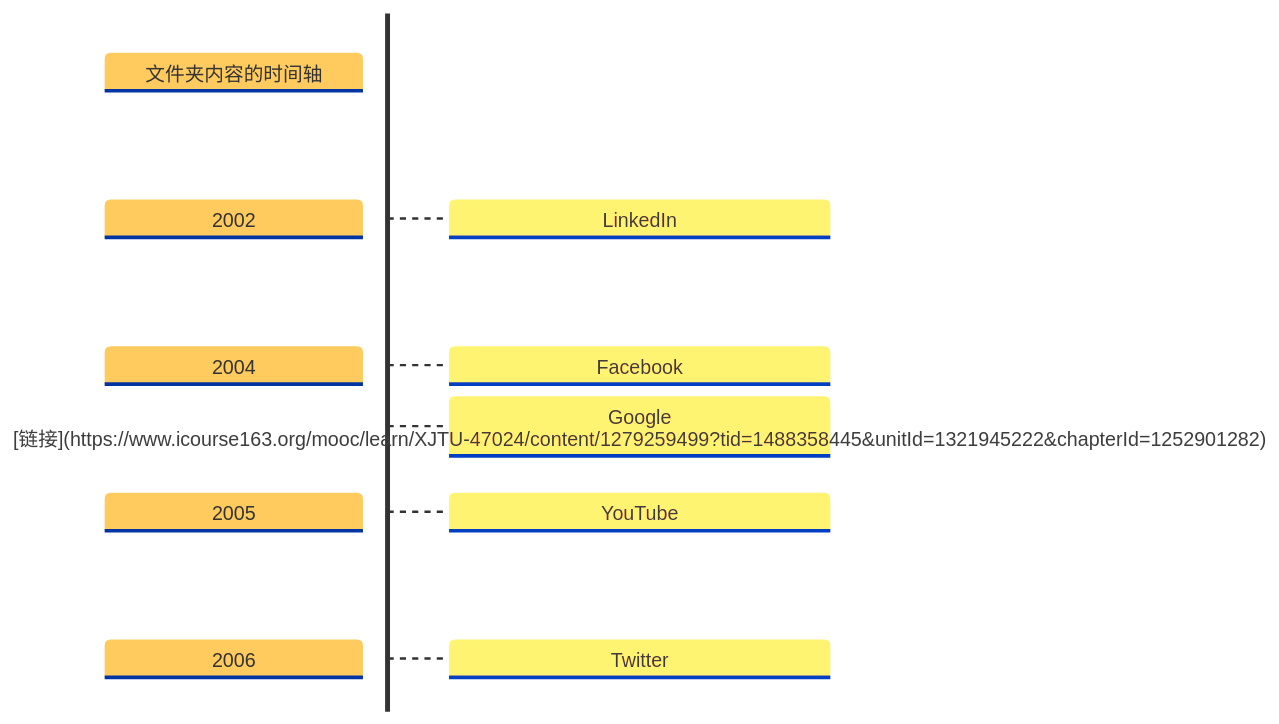
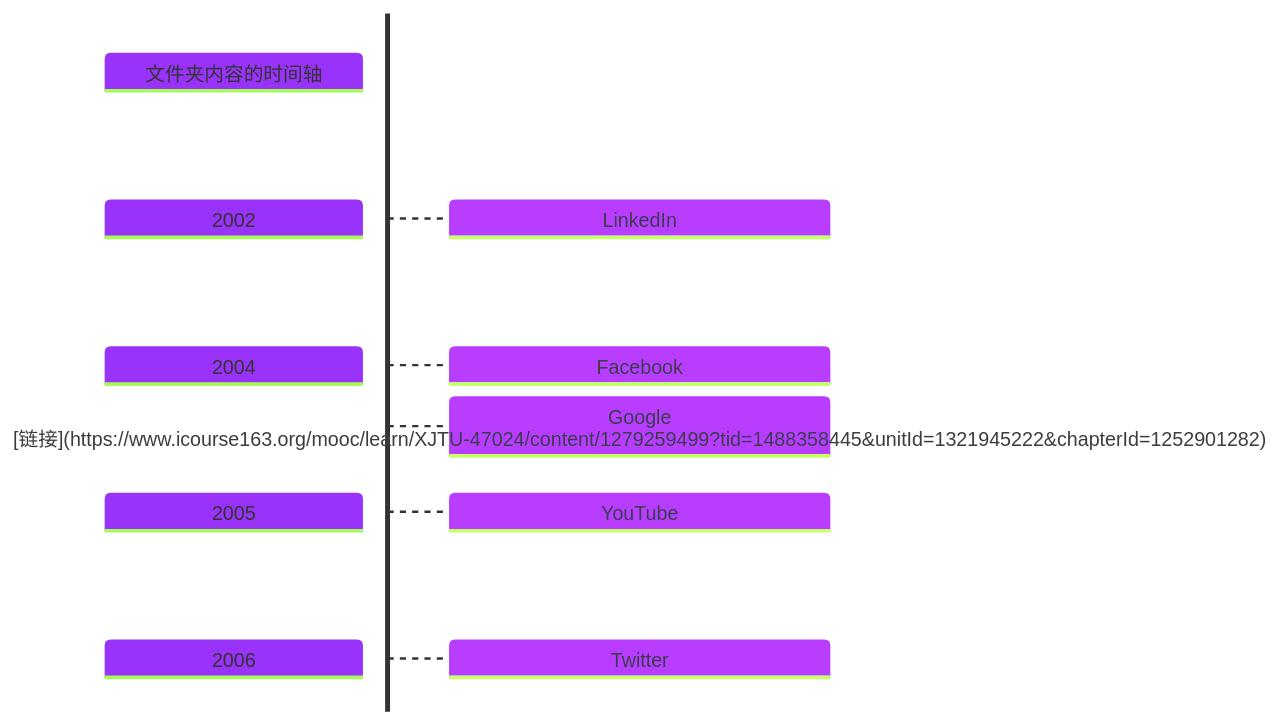
The diagram in 笔记封存/README.md (Gaoshu-root/Code-related-courses), drawn with Mermaid before and after one commit.

Commit message:
Add themeVariables for README customization
Add themeVariables for custom styling in README.

````diff
--- a/笔记封存/README.md
+++ b/笔记封存/README.md
@@ -3,15 +3,17 @@
 ```mermaid
 ---
 config:
   logLevel: 'debug'
   theme: 'base'
   timeline:
     disableMulticolor: true
+  themeVariables:
+    cScale0: '#9933FA'
 ---
     timeline TD
         文件夹内容的时间轴
           2002 : LinkedIn
           2004 : Facebook : Google [链接](https://www.icourse163.org/mooc/learn/XJTU-47024/content/1279259499?tid=1488358445&unitId=1321945222&chapterId=1252901282)
           2005 : YouTube
           2006 : Twitter
 ```
````
